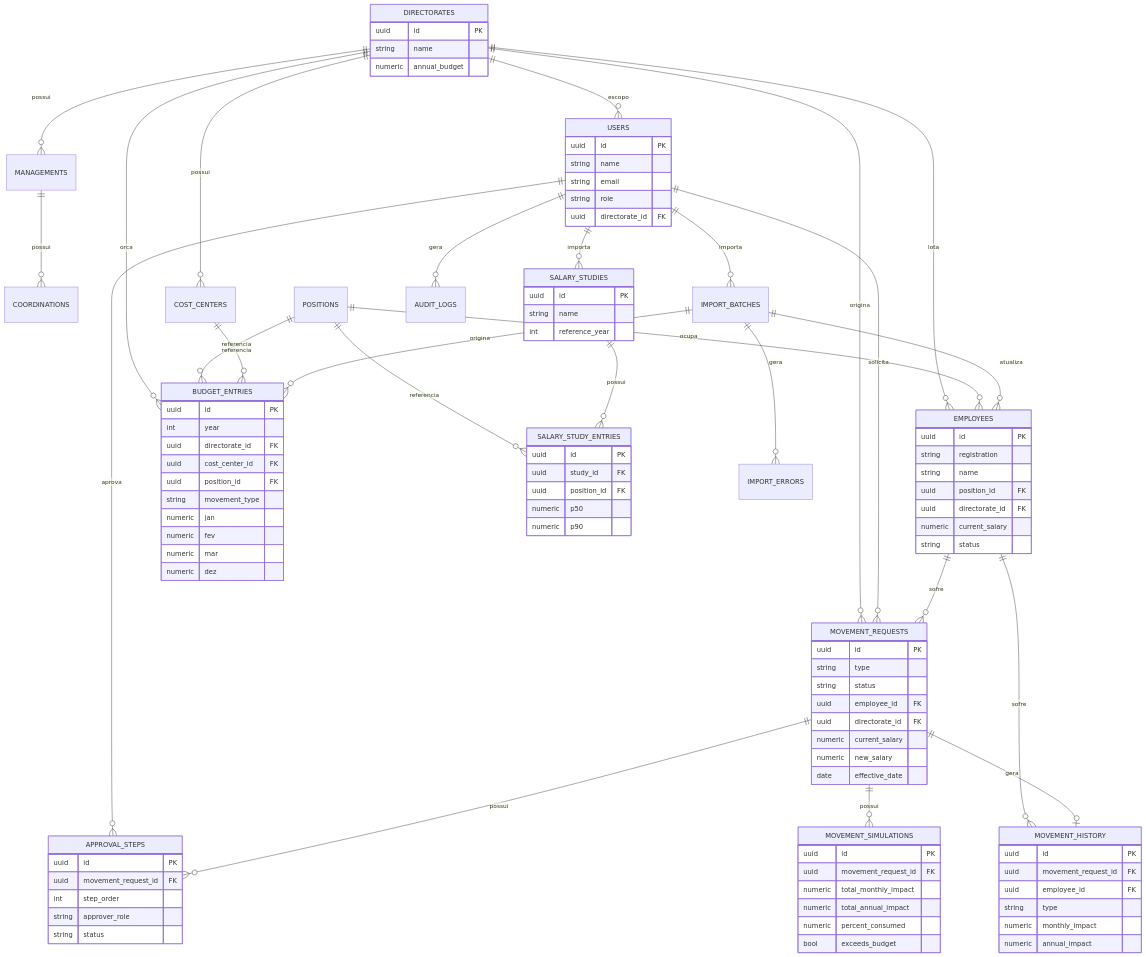
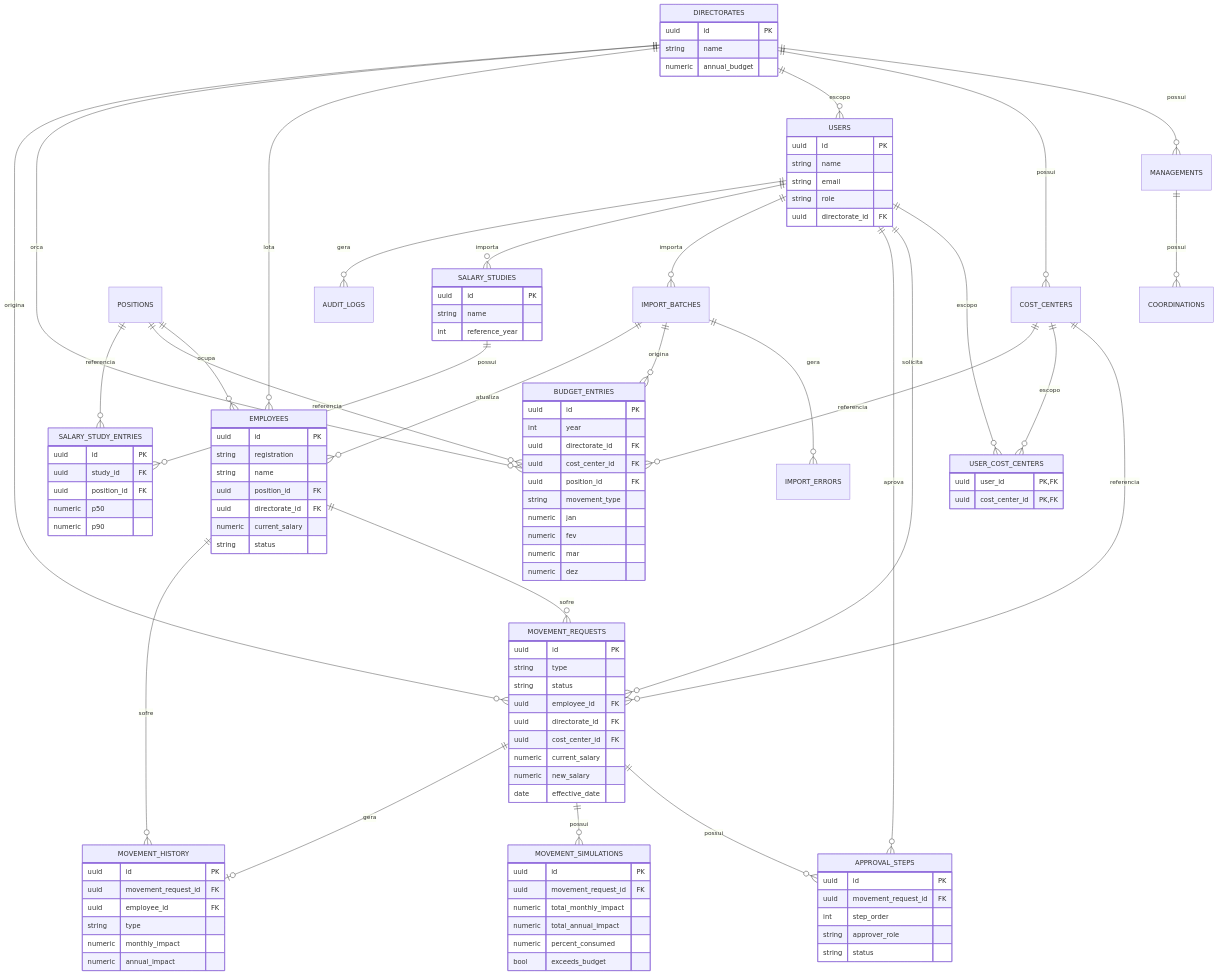
Before and after one commit to loamygoncalves/Sistema-de-Gest-o-de-Movimenta-es-Salariais-: the diagram in database/DER.md, drawn with Mermaid. The commit also changed other lines of this file and 30 other files, not shown here.

````diff
--- a/database/DER.md
+++ b/database/DER.md
@@ -11,6 +11,10 @@
     DIRECTORATES ||--o{ EMPLOYEES : lota
     DIRECTORATES ||--o{ BUDGET_ENTRIES : orca
     DIRECTORATES ||--o{ MOVEMENT_REQUESTS : origina
+    COST_CENTERS ||--o{ MOVEMENT_REQUESTS : referencia
+
+    USERS ||--o{ USER_COST_CENTERS : escopo
+    COST_CENTERS ||--o{ USER_COST_CENTERS : escopo
 
     POSITIONS ||--o{ EMPLOYEES : ocupa
     POSITIONS ||--o{ BUDGET_ENTRIES : referencia
@@ -68,6 +72,7 @@
         string status
         uuid employee_id FK
         uuid directorate_id FK
+        uuid cost_center_id FK
         numeric current_salary
         numeric new_salary
         date effective_date
@@ -114,4 +119,8 @@
         string role
         uuid directorate_id FK
     }
+    USER_COST_CENTERS {
+        uuid user_id PK,FK
+        uuid cost_center_id PK,FK
+    }
 ```
````
